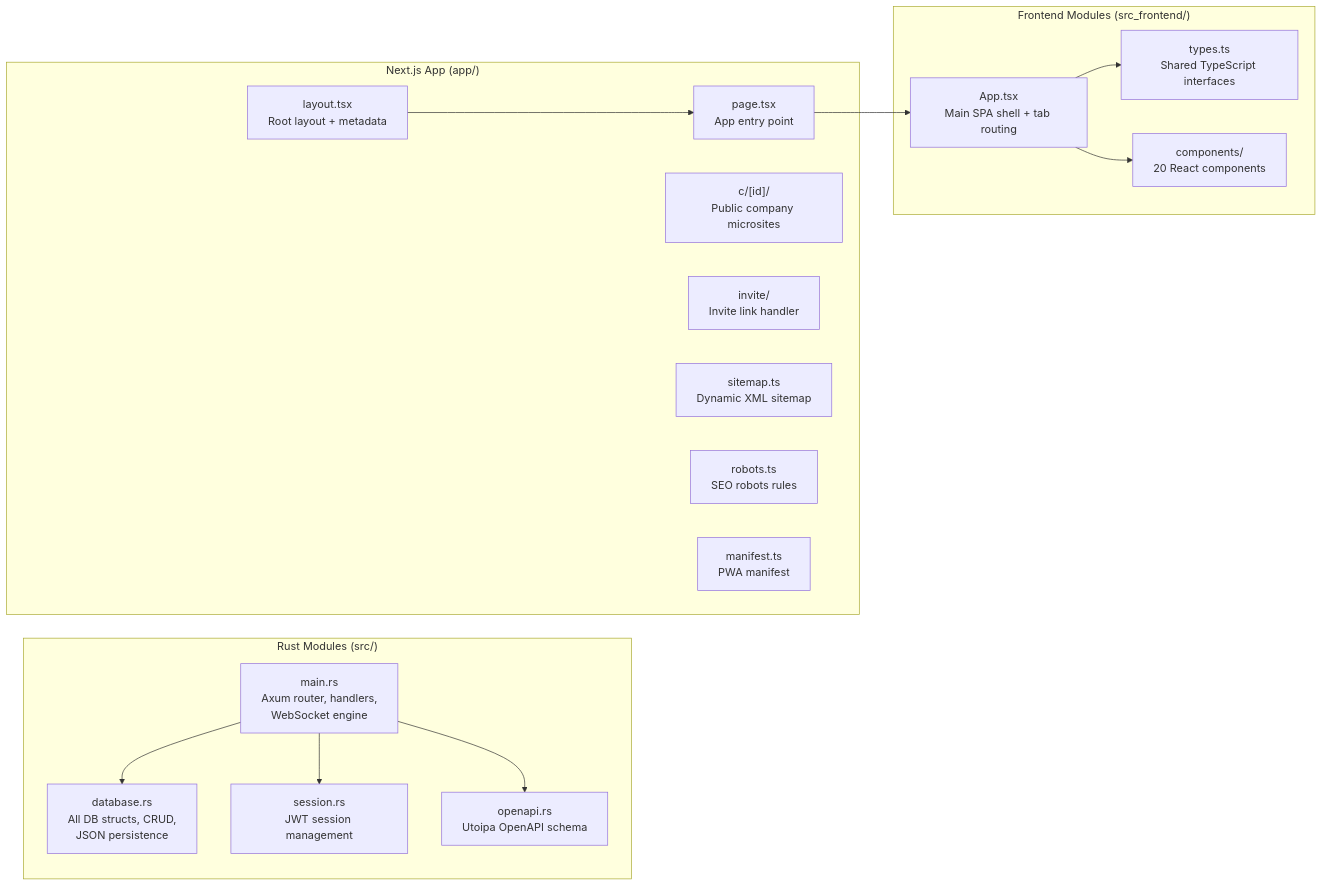
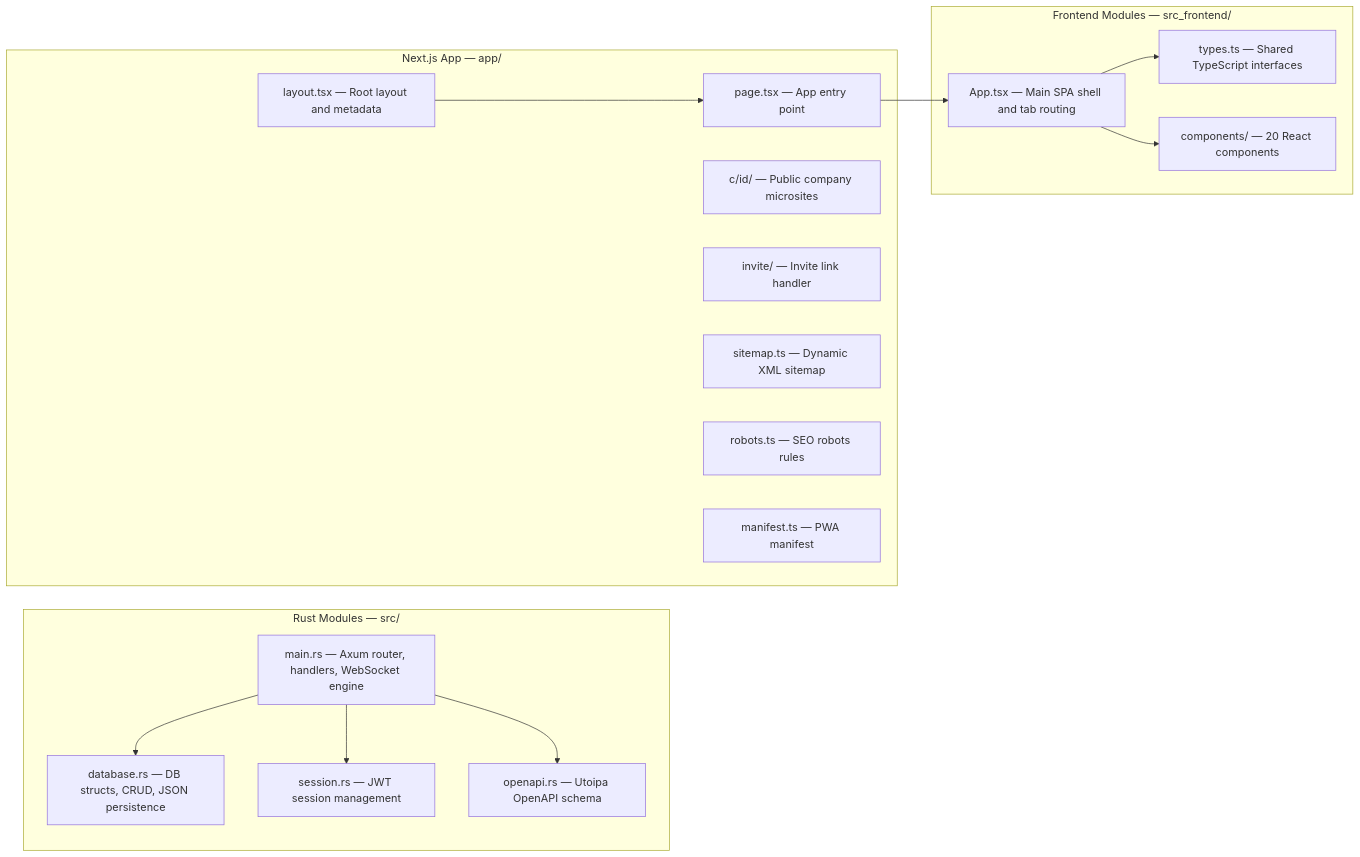
Before and after one commit to aryansrao/theysynced: the third of 5 diagrams in README.md, drawn with Mermaid. The commit also changed other lines of this file, not shown here.

First line of the commit message:
fix: repair all Mermaid diagram syntax errors in README

````diff
--- a/README.md
+++ b/README.md
@@ -112,33 +112,33 @@
 ```mermaid
 graph LR
-    subgraph RustModules["Rust Modules (src/)"]
-        main["main.rs\nAxum router, handlers,\nWebSocket engine"]
-        database["database.rs\nAll DB structs, CRUD,\nJSON persistence"]
-        session["session.rs\nJWT session management"]
-        openapi["openapi.rs\nUtoipa OpenAPI schema"]
+    subgraph RustModules["Rust Modules — src/"]
+        main["main.rs — Axum router, handlers, WebSocket engine"]
+        database["database.rs — DB structs, CRUD, JSON persistence"]
+        session["session.rs — JWT session management"]
+        openapi["openapi.rs — Utoipa OpenAPI schema"]
     end
 
-    subgraph FrontendModules["Frontend Modules (src_frontend/)"]
-        App["App.tsx\nMain SPA shell + tab routing"]
-        types["types.ts\nShared TypeScript interfaces"]
-        components["components/\n20 React components"]
+    subgraph FrontendModules["Frontend Modules — src_frontend/"]
+        App["App.tsx — Main SPA shell and tab routing"]
+        types["types.ts — Shared TypeScript interfaces"]
+        components["components/ — 20 React components"]
     end
 
-    subgraph NextApp["Next.js App (app/)"]
-        layout["layout.tsx\nRoot layout + metadata"]
-        page["page.tsx\nApp entry point"]
-        c["c/[id]/\nPublic company microsites"]
-        invite["invite/\nInvite link handler"]
-        sitemap["sitemap.ts\nDynamic XML sitemap"]
-        robots["robots.ts\nSEO robots rules"]
-        manifest["manifest.ts\nPWA manifest"]
+    subgraph NextApp["Next.js App — app/"]
+        layout["layout.tsx — Root layout and metadata"]
+        page["page.tsx — App entry point"]
+        cpage["c/id/ — Public company microsites"]
+        invite["invite/ — Invite link handler"]
+        sitemap["sitemap.ts — Dynamic XML sitemap"]
+        robots["robots.ts — SEO robots rules"]
+        manifest["manifest.ts — PWA manifest"]
     end
 
     main --> database
     main --> session
     main --> openapi
     App --> types
     App --> components
     page --> App
     layout --> page
 ```
````
